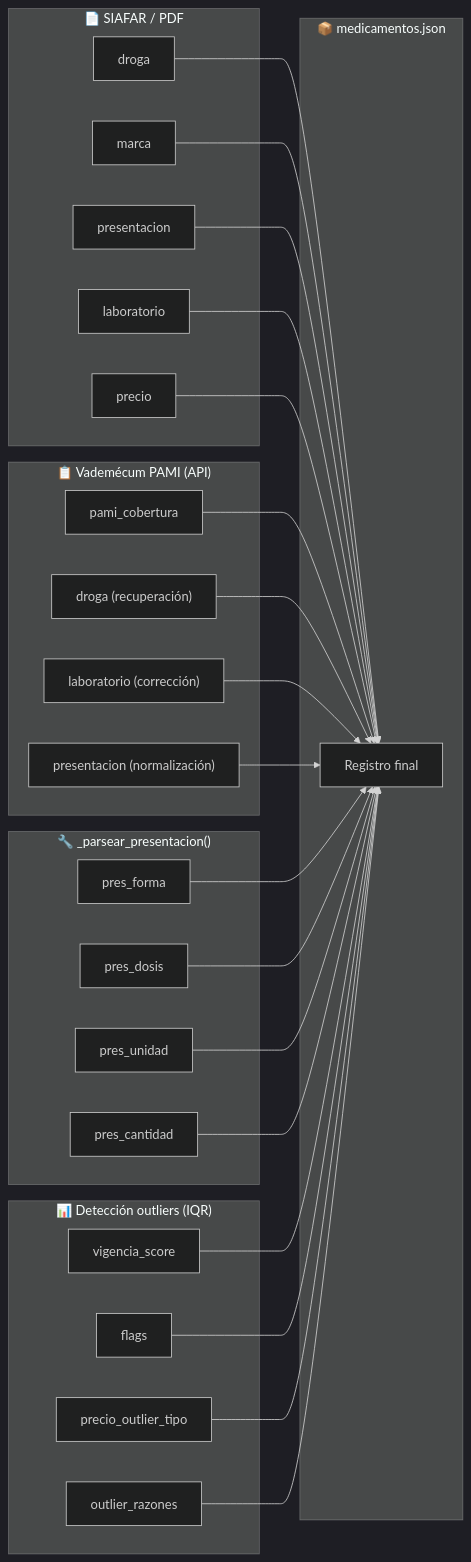
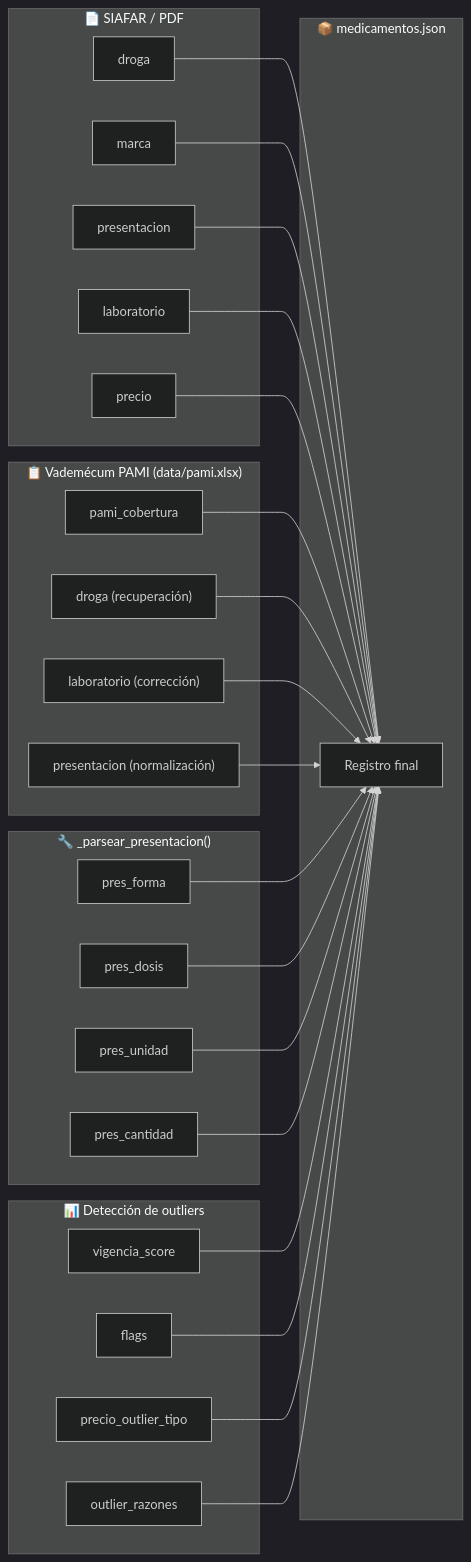
Before and after one commit to psbella/remediar: the tenth of 10 diagrams in README.md, drawn with Mermaid (dark theme). The commit also changed other lines of this file and 1 other file, not shown here.

Commit message:
docs: actualizar README (es/en) al estado real de 2.5.3: cron, workflow, datos, PAMI manual, histórico incremental y privacidad

````diff
--- a/README.md
+++ b/README.md
@@ -1263,40 +1385,40 @@
 ```mermaid
 flowchart LR
     subgraph SIAFAR["📄 SIAFAR / PDF"]
         S1[droga]
         S2[marca]
         S3[presentacion]
         S4[laboratorio]
         S5[precio]
     end
 
-    subgraph PAMI["📋 Vademécum PAMI (API)"]
+    subgraph PAMI["📋 Vademécum PAMI (data/pami.xlsx)"]
         P1[pami_cobertura]
         P2["droga (recuperación)"]
         P3["laboratorio (corrección)"]
         P4["presentacion (normalización)"]
     end
 
     subgraph PARSER["🔧 _parsear_presentacion()"]
         PR1[pres_forma]
         PR2[pres_dosis]
         PR3[pres_unidad]
         PR4[pres_cantidad]
     end
 
-    subgraph OUTLIER["📊 Detección outliers (IQR)"]
+    subgraph OUTLIER["📊 Detección de outliers"]
         O1[vigencia_score]
         O2[flags]
         O3[precio_outlier_tipo]
         O4[outlier_razones]
     end
 
     subgraph JSON["📦 medicamentos.json"]
         J[Registro final]
     end
 
     S1 & S2 & S3 & S4 & S5 --> J
     P1 & P2 & P3 & P4 --> J
     PR1 & PR2 & PR3 & PR4 --> J
     O1 & O2 & O3 & O4 --> J
 ```
````
